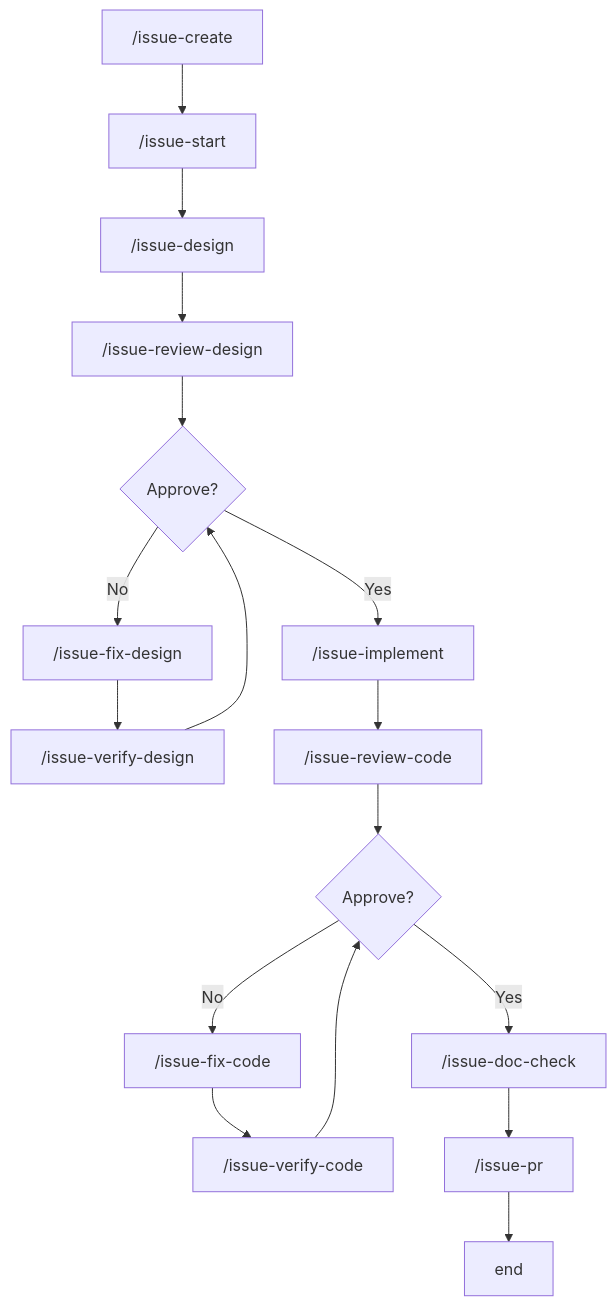
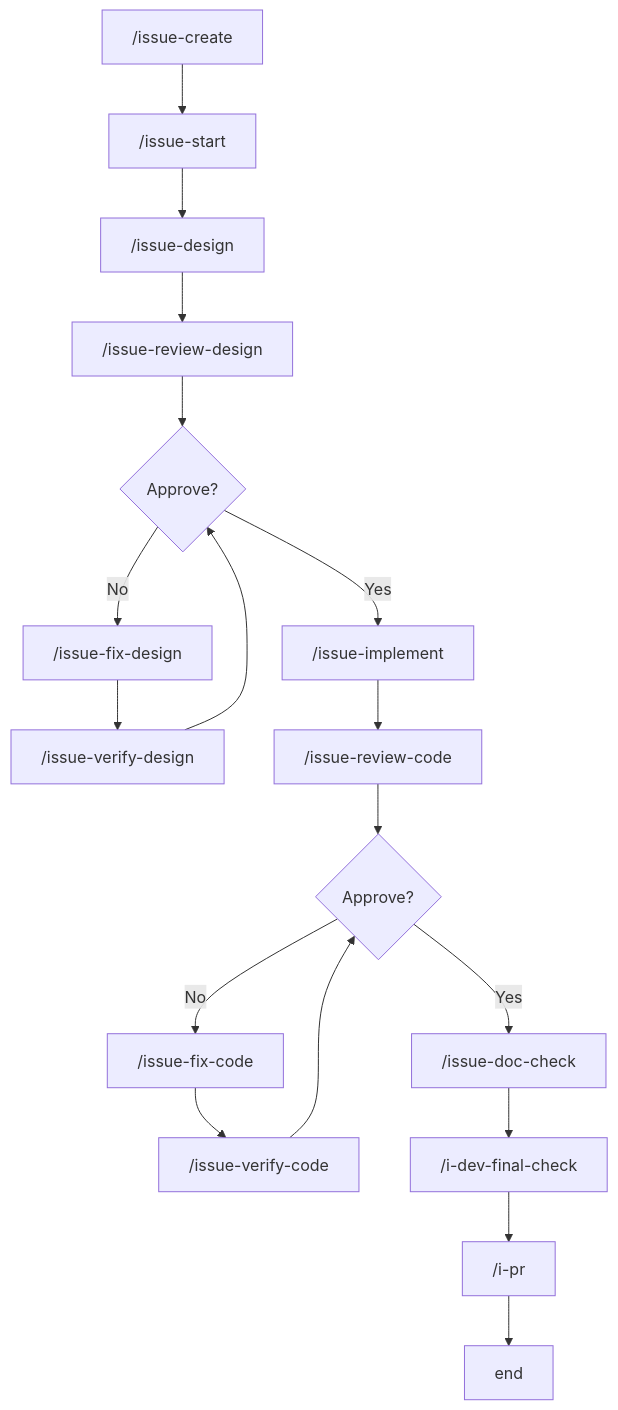
The first of 2 diagrams in docs/dev/workflow_feature_development.md (apokamo/kaji), drawn with Mermaid before and after one commit. The commit also changed other lines of this file and 7 other files, not shown here.

````diff
--- a/docs/dev/workflow_feature_development.md
+++ b/docs/dev/workflow_feature_development.md
@@ -7,22 +7,23 @@
 ```mermaid
 flowchart TB
     A["/issue-create"] --> B["/issue-start"]
     B --> C["/issue-design"]
 
     C --> C1["/issue-review-design"]
     C1 --> C2{Approve?}
     C2 -->|No| C3["/issue-fix-design"]
     C3 --> C4["/issue-verify-design"]
     C4 --> C2
     C2 -->|Yes| D
 
     D["/issue-implement"]
     D --> D1["/issue-review-code"]
     D1 --> D2{Approve?}
     D2 -->|No| D3["/issue-fix-code"]
     D3 --> D4["/issue-verify-code"]
     D4 --> D2
     D2 -->|Yes| DC
 
-    DC["/issue-doc-check"] --> E["/issue-pr"] --> F["end"]
+    DC["/issue-doc-check"] --> FC["/i-dev-final-check"]
+    FC --> E["/i-pr"] --> F["end"]
 ```
````
